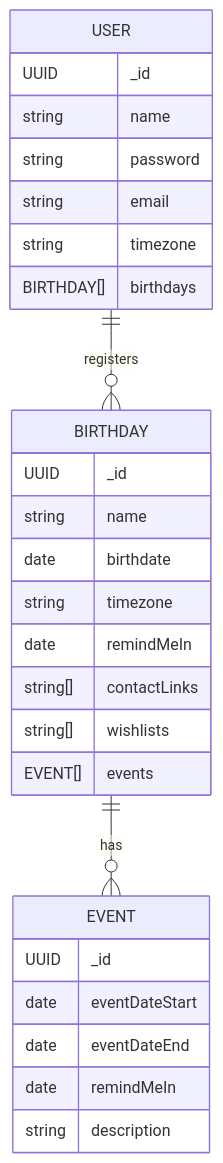
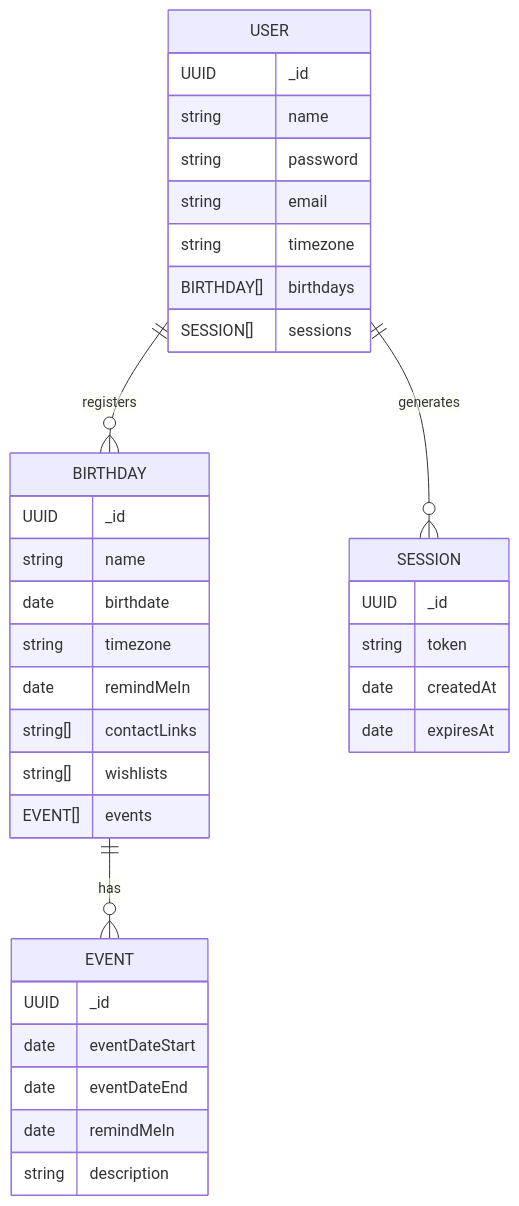
The diagram in docs/05-data-model.md (DahirVJC/global-birthday-server), drawn with Mermaid before and after one commit. The commit also changed other lines of this file and 1 other file, not shown here.

Commit message:
Add stack justification and session data model

`````diff
--- a/docs/05-data-model.md
+++ b/docs/05-data-model.md
@@ -13,33 +13,42 @@
 ````mermaid
 erDiagram
     USER ||--o{ BIRTHDAY : registers
+    USER ||--o{ SESSION : generates
     BIRTHDAY ||--o{ EVENT : has
 
     USER {
         UUID _id
         string name
         string password
         string email
         string timezone
         BIRTHDAY[] birthdays
+        SESSION[] sessions
+    }
+    
+    SESSION {
+        UUID _id
+        string token
+        date createdAt
+        date expiresAt
     }
 
     BIRTHDAY {
         UUID _id
         string name
         date birthdate
         string timezone
         date remindMeIn
         string[] contactLinks
         string[] wishlists
         EVENT[] events
     }
 
     EVENT {
         UUID _id
         date eventDateStart
         date eventDateEnd
         date remindMeIn
         string description
     }
 ````
`````
